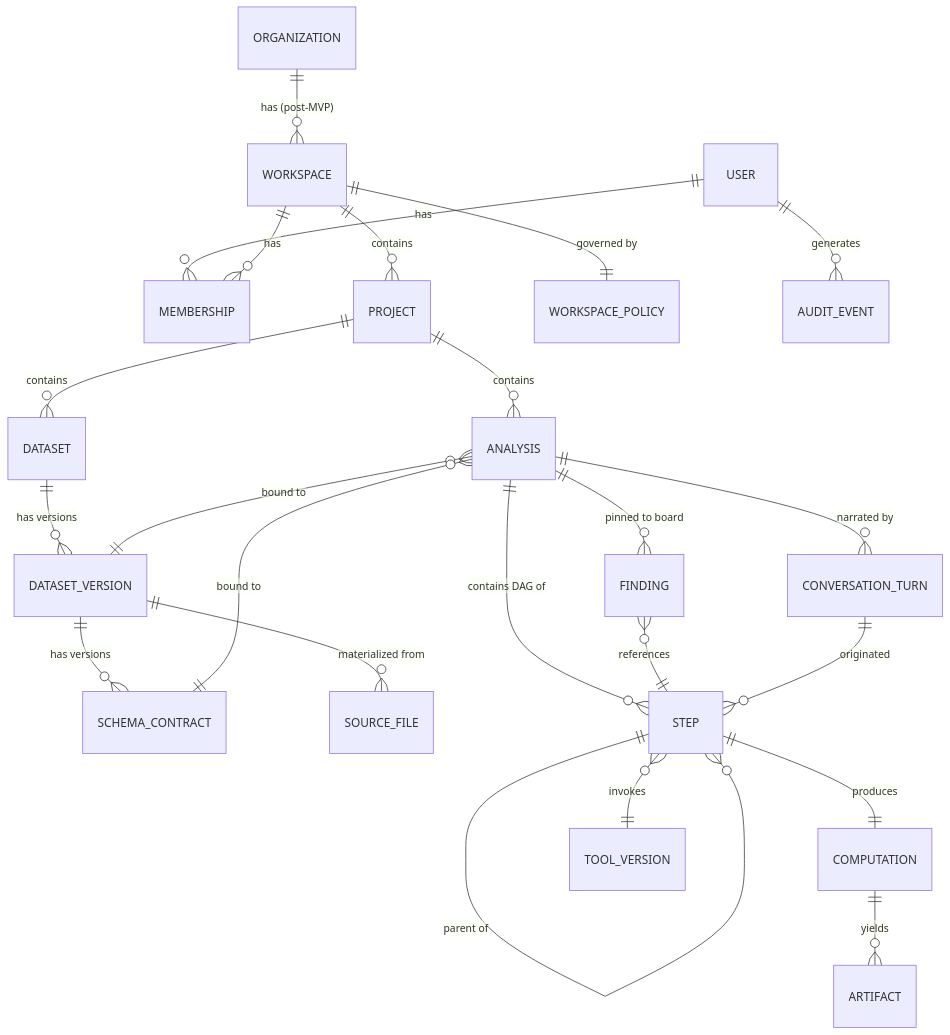
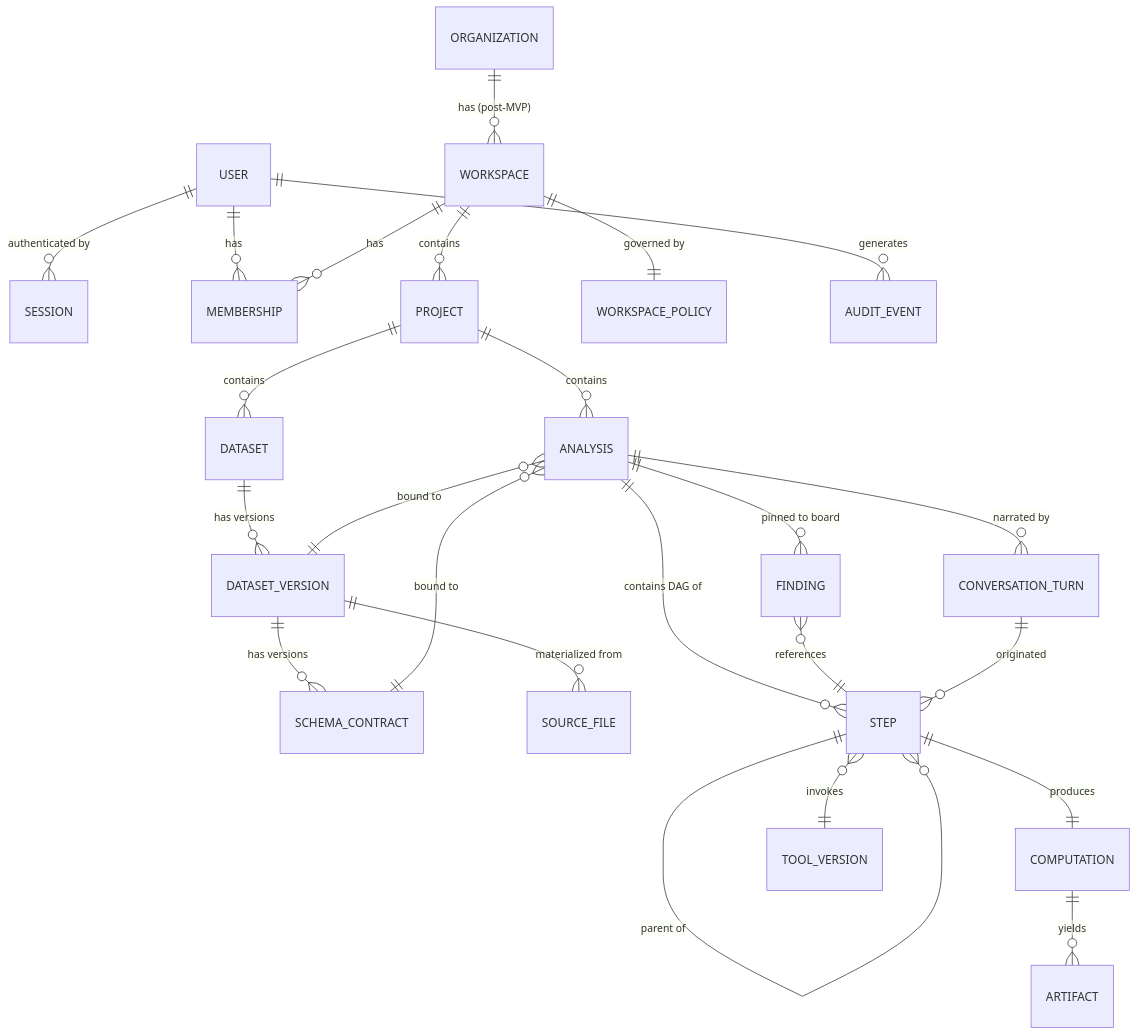
The first of 5 diagrams in docs/DESIGN.md (nichodarren/datacanvas), drawn with Mermaid before and after one commit. The commit also changed other lines of this file, not shown here.

````diff
--- a/docs/DESIGN.md
+++ b/docs/DESIGN.md
@@ -720,32 +721,33 @@
 ```mermaid
 erDiagram
     ORGANIZATION ||--o{ WORKSPACE : "has (post-MVP)"
+    USER ||--o{ SESSION : "authenticated by"
     USER ||--o{ MEMBERSHIP : has
     WORKSPACE ||--o{ MEMBERSHIP : has
     WORKSPACE ||--o{ PROJECT : contains
     WORKSPACE ||--|| WORKSPACE_POLICY : "governed by"
 
     PROJECT ||--o{ DATASET : contains
     PROJECT ||--o{ ANALYSIS : contains
 
     DATASET ||--o{ DATASET_VERSION : "has versions"
     DATASET_VERSION ||--o{ SCHEMA_CONTRACT : "has versions"
     DATASET_VERSION ||--o{ SOURCE_FILE : "materialized from"
 
     ANALYSIS ||--o{ STEP : "contains DAG of"
     ANALYSIS }o--|| DATASET_VERSION : "bound to"
     ANALYSIS }o--|| SCHEMA_CONTRACT : "bound to"
 
     STEP ||--o{ STEP : "parent of"
     STEP ||--|| COMPUTATION : produces
     STEP }o--|| TOOL_VERSION : invokes
 
     COMPUTATION ||--o{ ARTIFACT : yields
     ANALYSIS ||--o{ FINDING : "pinned to board"
     FINDING }o--|| STEP : references
 
     ANALYSIS ||--o{ CONVERSATION_TURN : "narrated by"
     CONVERSATION_TURN ||--o{ STEP : "originated"
 
     USER ||--o{ AUDIT_EVENT : generates
 ```
````
